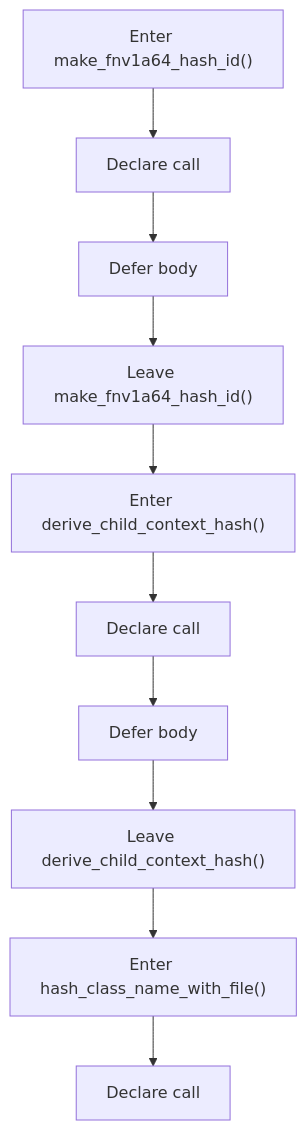
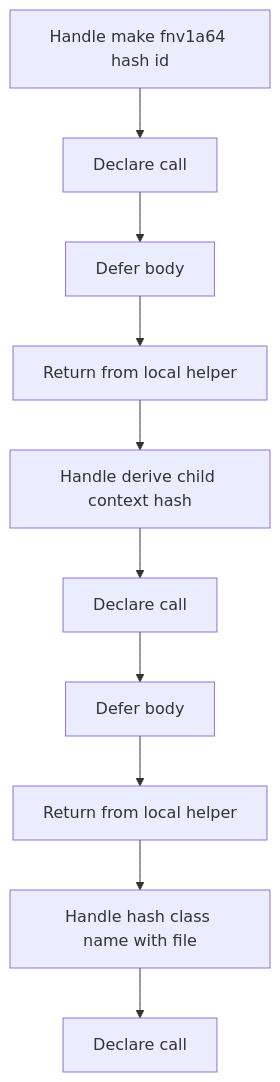
Before and after one commit to JohnAndrewBalbarosa/NeoTerritory: the second of 8 diagrams in docs/Codebase/Microservice/Modules/Header/SyntacticBrokenAST/Trees/Actual/Internal/Flow/parse_tree_internal_program_flow_01.hpp.md, drawn with Mermaid. The commit also changed other lines of this file and 925 other files, not shown here.

````diff
--- a/docs/Codebase/Microservice/Modules/Header/SyntacticBrokenAST/Trees/Actual/Internal/Flow/parse_tree_internal_program_flow_01.hpp.md
+++ b/docs/Codebase/Microservice/Modules/Header/SyntacticBrokenAST/Trees/Actual/Internal/Flow/parse_tree_internal_program_flow_01.hpp.md
@@ -41,22 +41,22 @@
 ```mermaid
 flowchart TD
-    N0["Enter make_fnv1a64_hash_id()"]
+    N0["Handle make fnv1a64 hash id"]
     N1["Declare call"]
     N2["Defer body"]
-    N3["Leave make_fnv1a64_hash_id()"]
-    N4["Enter derive_child_context_hash()"]
+    N3["Return from local helper"]
+    N4["Handle derive child context hash"]
     N5["Declare call"]
     N6["Defer body"]
-    N7["Leave derive_child_context_hash()"]
-    N8["Enter hash_class_name_with_file()"]
+    N7["Return from local helper"]
+    N8["Handle hash class name with file"]
     N9["Declare call"]
     N0 --> N1
     N1 --> N2
     N2 --> N3
     N3 --> N4
     N4 --> N5
     N5 --> N6
     N6 --> N7
     N7 --> N8
     N8 --> N9
 ```
````
